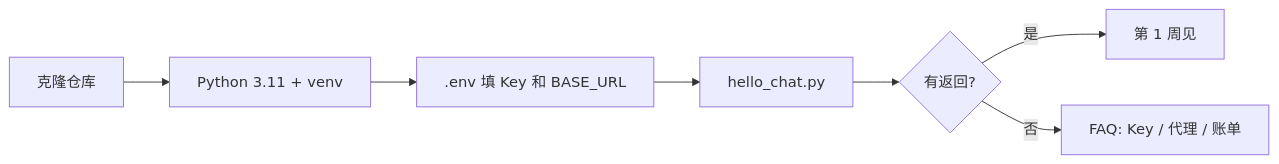
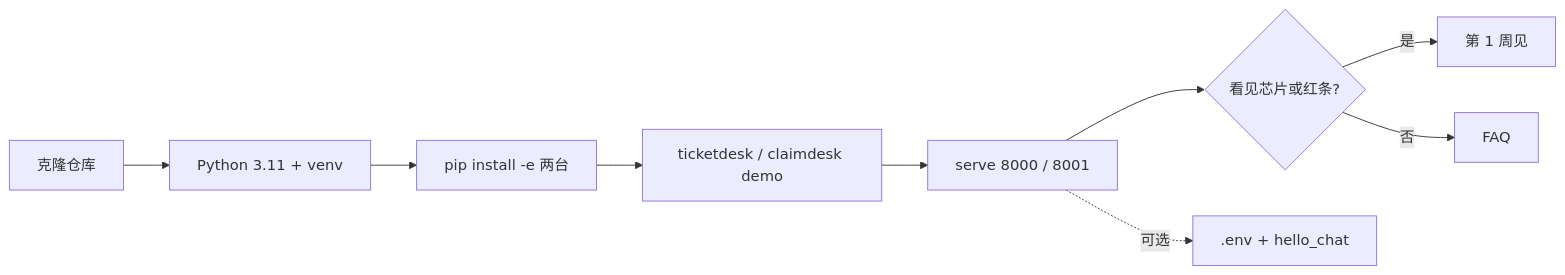
One commit to SabreKeyZ/agent-xuetang changed the diagram in docs/weeks/00-setup.md. Above: the diagram before and after it, drawn with Mermaid. The commit also changed other lines of this file and 12 other files, not shown here.

````diff
--- a/docs/weeks/00-setup.md
+++ b/docs/weeks/00-setup.md
@@ -50,9 +55,11 @@
 ```mermaid
 flowchart LR
   A[克隆仓库] --> B[Python 3.11 + venv]
-  B --> C[.env 填 Key 和 BASE_URL]
-  C --> D[hello_chat.py]
-  D --> E{有返回?}
-  E -->|是| F[第 1 周见]
-  E -->|否| G[FAQ: Key / 代理 / 账单]
+  B --> C["pip install -e 两台"]
+  C --> D["ticketdesk / claimdesk demo"]
+  D --> E["serve 8000 / 8001"]
+  E --> F{看见芯片或红条?}
+  F -->|是| G[第 1 周见]
+  F -->|否| H[FAQ]
+  E -.->|可选| I[.env + hello_chat]
 ```
````
